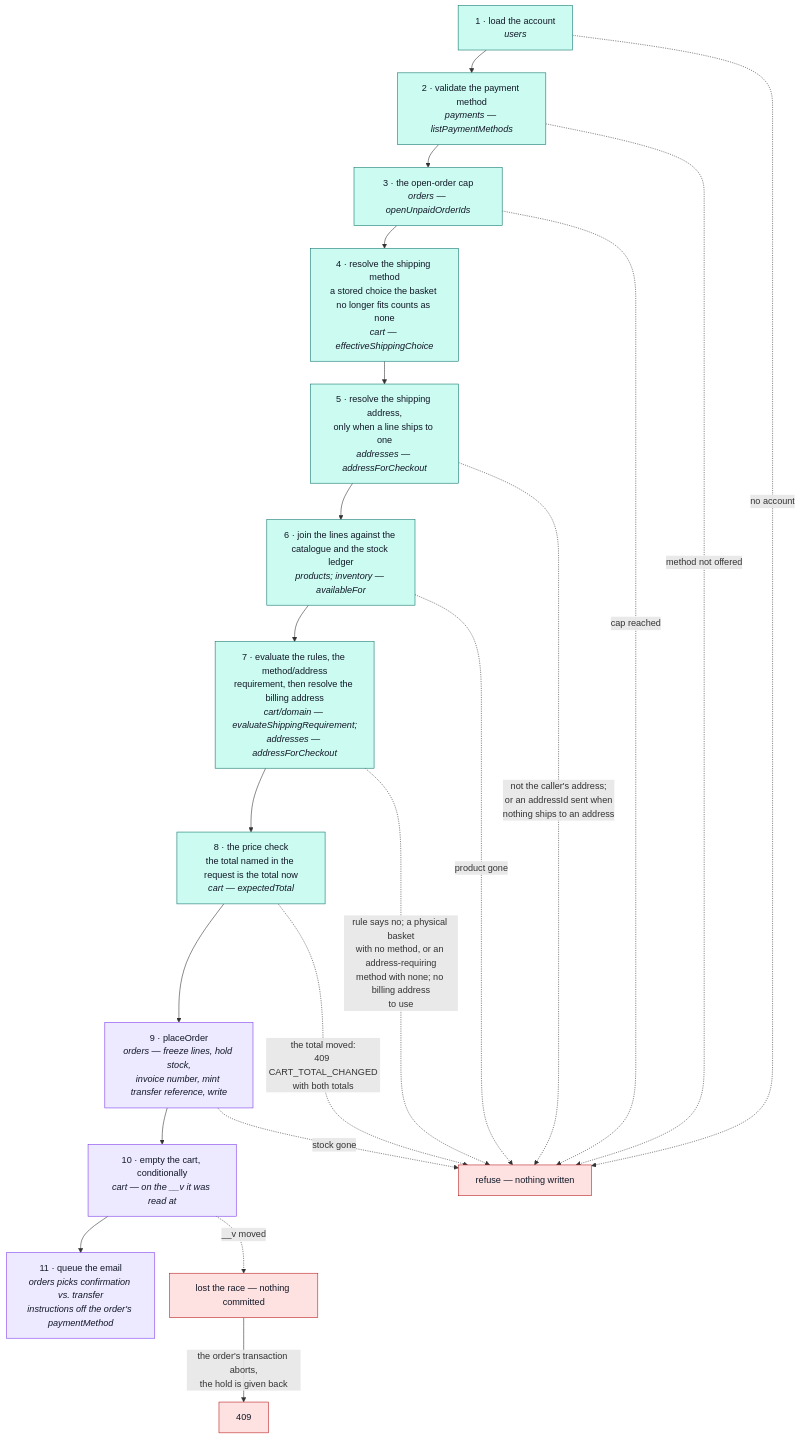
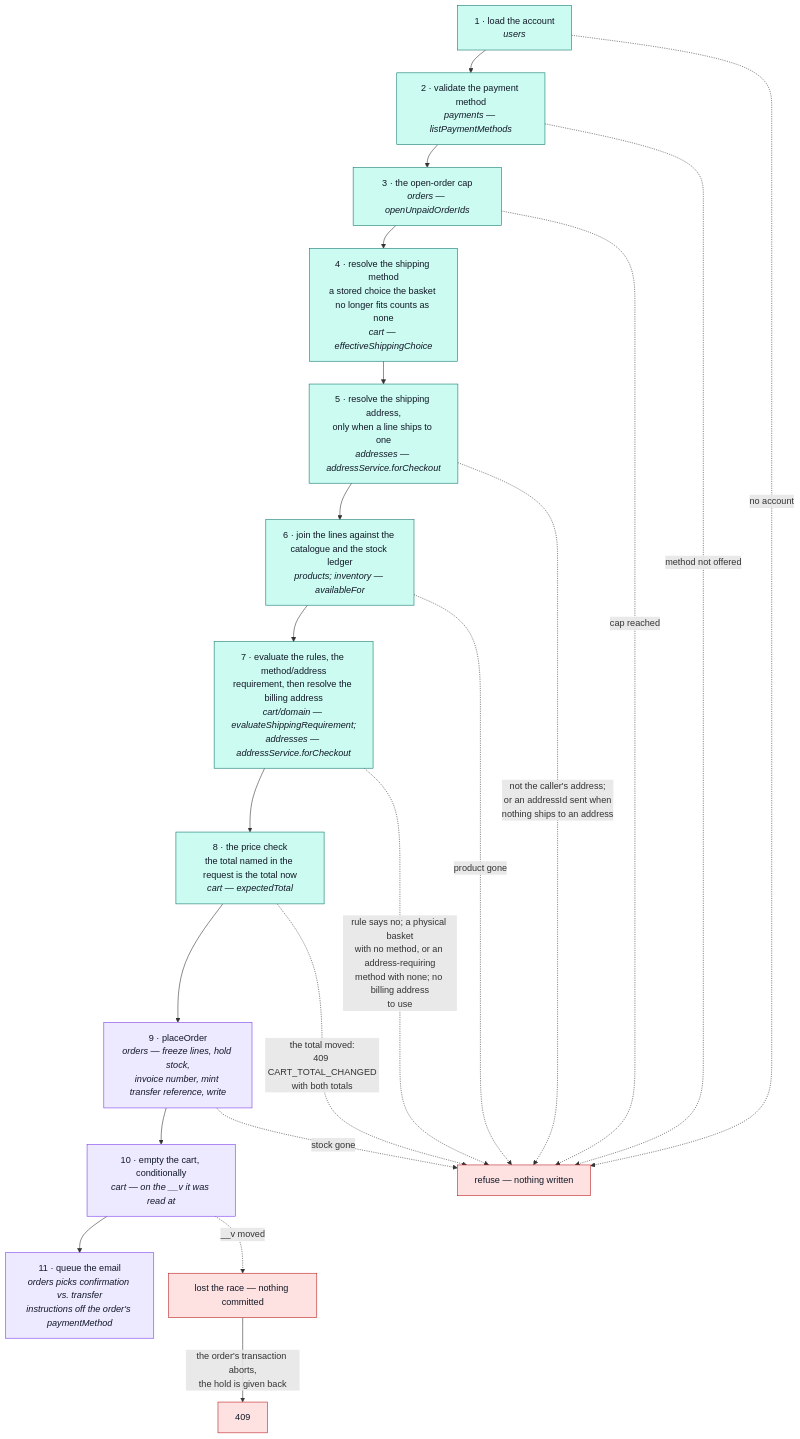
The diagram in docs/modules/cart-checkout.md (Guebbit/boilerplate-node-backend), drawn with Mermaid before and after one commit. The commit also changed other lines of this file and 33 other files, not shown here.

````diff
--- a/docs/modules/cart-checkout.md
+++ b/docs/modules/cart-checkout.md
@@ -25,35 +25,35 @@
 ```mermaid
 %%{init: {'flowchart': {'nodeSpacing': 26, 'rankSpacing': 40}}}%%
 flowchart TD
     A["1 · load the account<br/><i>users</i>"] --> P["2 · validate the payment method<br/><i>payments — listPaymentMethods</i>"]
     P --> Q["3 · the open-order cap<br/><i>orders — openUnpaidOrderIds</i>"]
     Q --> B["4 · resolve the shipping method<br/>a stored choice the basket no longer fits counts as none<br/><i>cart — effectiveShippingChoice</i>"]
-    B --> C["5 · resolve the shipping address,<br/>only when a line ships to one<br/><i>addresses — addressForCheckout</i>"]
+    B --> C["5 · resolve the shipping address,<br/>only when a line ships to one<br/><i>addresses — addressService.forCheckout</i>"]
     C --> D["6 · join the lines against the catalogue and the stock ledger<br/><i>products; inventory — availableFor</i>"]
-    D --> E["7 · evaluate the rules, the method/address<br/>requirement, then resolve the billing address<br/><i>cart/domain — evaluateShippingRequirement;<br/>addresses — addressForCheckout</i>"]
+    D --> E["7 · evaluate the rules, the method/address<br/>requirement, then resolve the billing address<br/><i>cart/domain — evaluateShippingRequirement;<br/>addresses — addressService.forCheckout</i>"]
     E --> T["8 · the price check<br/>the total named in the request is the total now<br/><i>cart — expectedTotal</i>"]
     T --> F["9 · placeOrder<br/><i>orders — freeze lines, hold stock,<br/>invoice number, mint transfer reference, write</i>"]
     F --> H["10 · empty the cart, conditionally<br/><i>cart — on the __v it was read at</i>"]
     H --> I["11 · queue the email<br/><i>orders picks confirmation vs. transfer<br/>instructions off the order's paymentMethod</i>"]
 
     R["refuse — nothing written"]
     A -.->|"no account"| R
     P -.->|"method not offered"| R
     Q -.->|"cap reached"| R
         C -.->|"not the caller's address;<br/>or an addressId sent when<br/>nothing ships to an address"| R
     D -.->|"product gone"| R
     E -.->|"rule says no; a physical basket<br/>with no method, or an address-requiring<br/>method with none; no billing address<br/>to use"| R
     T -.->|"the total moved:<br/>409 CART_TOTAL_CHANGED<br/>with both totals"| R
     F -.->|"stock gone"| R
 
     L["lost the race — nothing committed"]
     H -.->|"__v moved"| L
     L -->|"the order's transaction aborts,<br/>the hold is given back"| M["409"]
 
     classDef read fill:#ccfbf1,stroke:#0f766e,color:#111827;
     classDef write fill:#ede9fe,stroke:#7c3aed,color:#111827;
     classDef bad fill:#fee2e2,stroke:#b91c1c,color:#111827;
     class A,P,Q,B,C,D,E,T read;
     class F,H,I write;
     class R,L,M bad;
 ```
````
